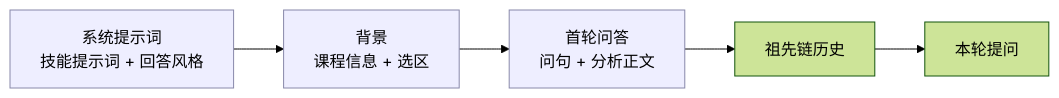
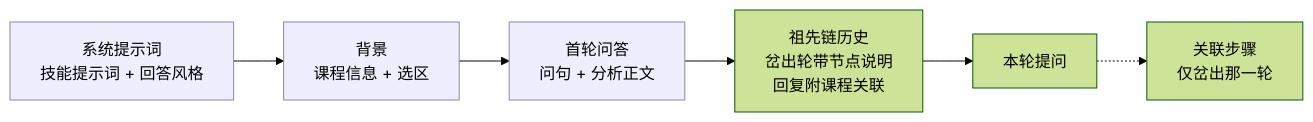
Diagram 17 of 27 in docs/tech/Keine_explore_harness_v1.md (Bank5y/Keine), drawn with Mermaid (forest theme) before and after one commit. The commit also changed other lines of this file and 2 other files, not shown here.

````diff
--- a/docs/tech/Keine_explore_harness_v1.md
+++ b/docs/tech/Keine_explore_harness_v1.md
@@ -638,7 +704,7 @@
 ```mermaid
 flowchart LR
-  P["系统提示词<br/>技能提示词 + 回答风格"] --> B["背景<br/>课程信息 + 选区"] --> F["首轮问答<br/>问句 + 分析正文"] --> H["祖先链历史"] --> Q["本轮提问"]
+  P["系统提示词<br/>技能提示词 + 回答风格"] --> B["背景<br/>课程信息 + 选区"] --> F["首轮问答<br/>问句 + 分析正文"] --> H["祖先链历史<br/>岔出轮带节点说明<br/>回复附课程关联"] --> Q["本轮提问"] -.-> K["关联步骤<br/>仅岔出那一轮"]
   style P fill:#eef,stroke:#88a
   style B fill:#eef,stroke:#88a
   style F fill:#eef,stroke:#88a
 ```
````
